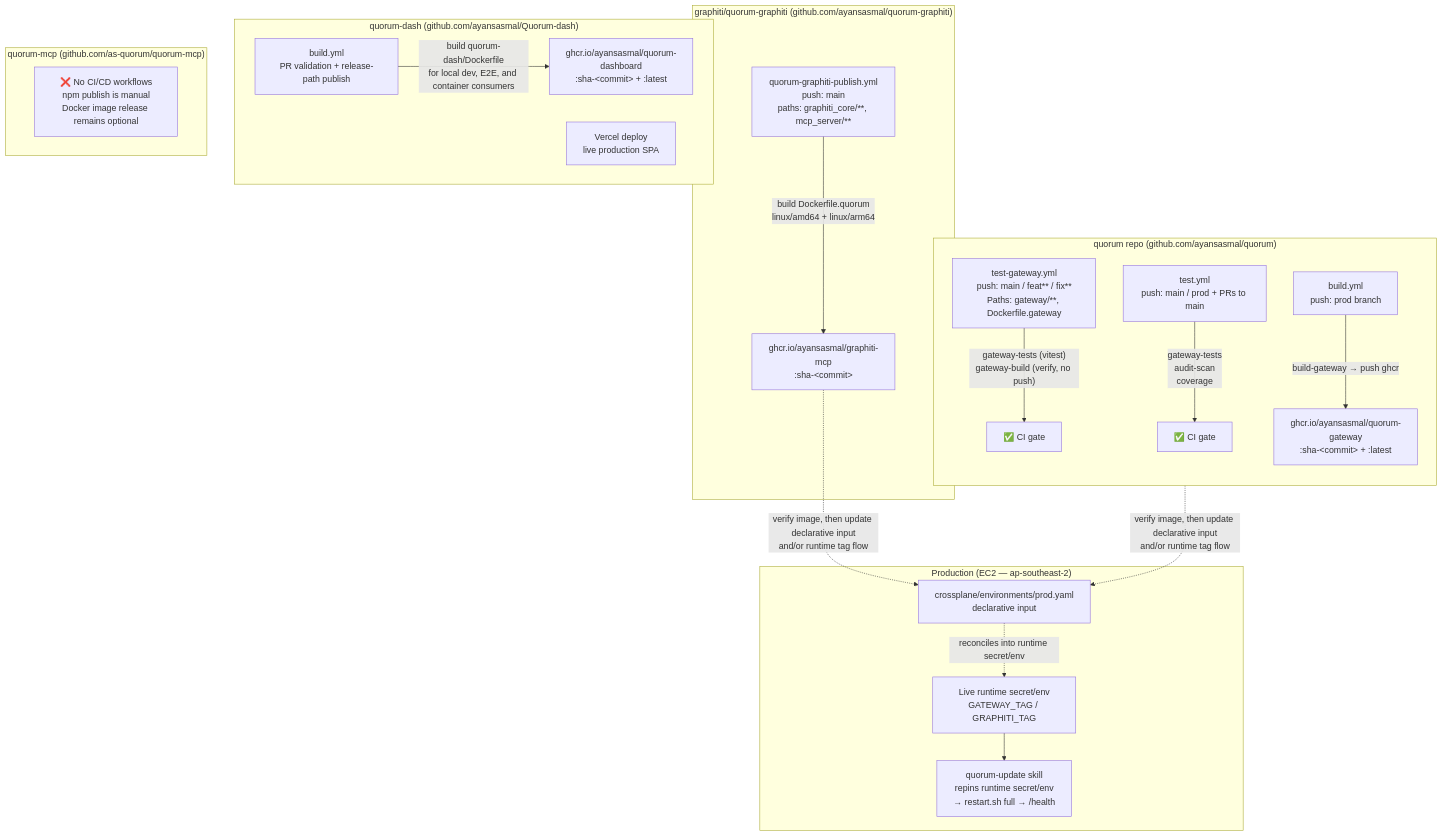
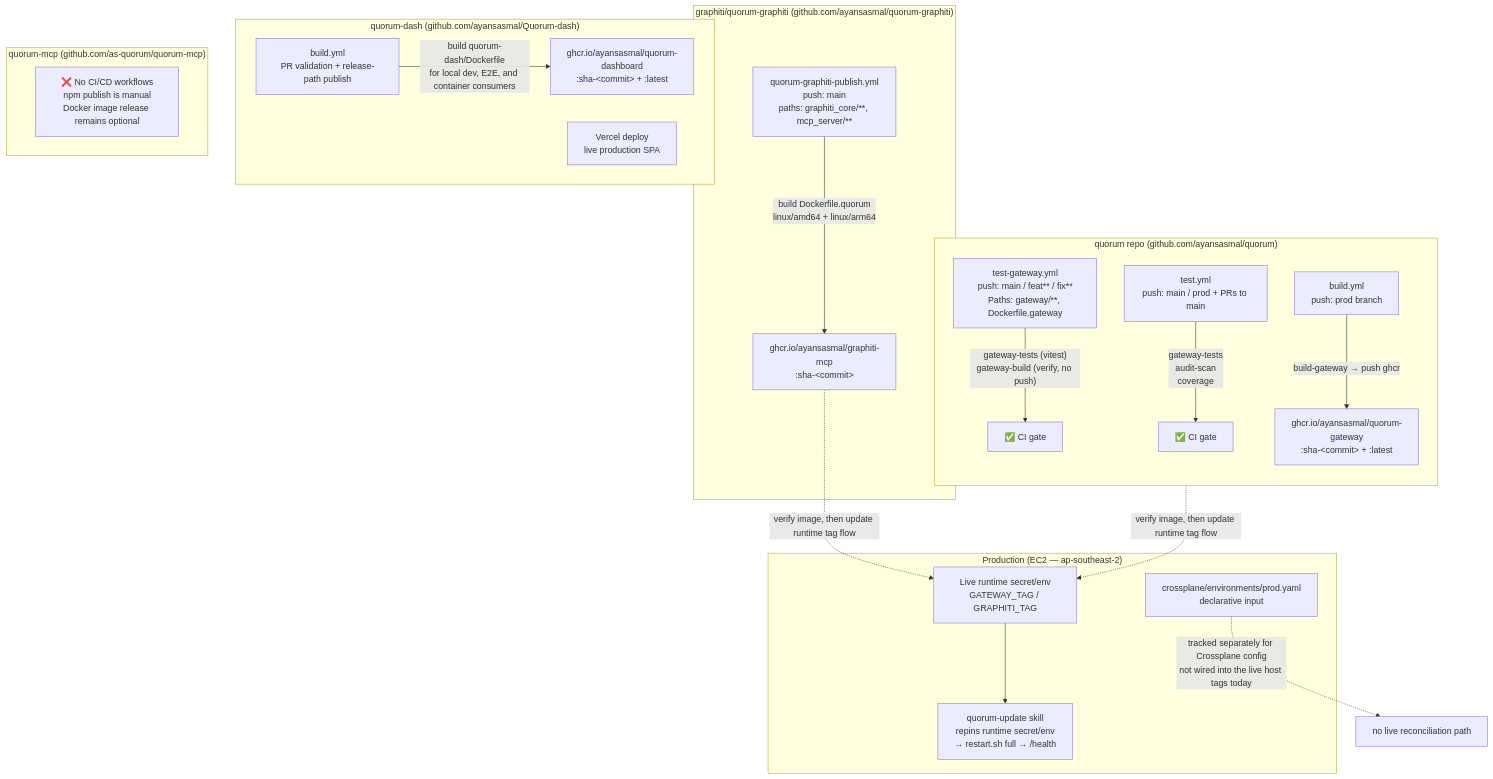
Before and after one commit to ayansasmal/quorum: the second of 6 diagrams in docs/CICD-DEPLOYMENT.md, drawn with Mermaid. The commit also changed other lines of this file and 1 other file, not shown here.

Commit message:
docs: tighten deployment path wording

````diff
--- a/docs/CICD-DEPLOYMENT.md
+++ b/docs/CICD-DEPLOYMENT.md
@@ -87,39 +87,39 @@
 ```mermaid
 flowchart TD
     subgraph quorum["quorum repo (github.com/ayansasmal/quorum)"]
         direction TB
         T1["test-gateway.yml\npush: main / feat** / fix**\nPaths: gateway/**, Dockerfile.gateway"]
         T2["test.yml\npush: main / prod + PRs to main"]
         B1["build.yml\npush: prod branch"]
 
         T1 -->|"gateway-tests (vitest)\ngateway-build (verify, no push)"| CI1["✅ CI gate"]
         T2 -->|"gateway-tests\naudit-scan\ncoverage"| CI2["✅ CI gate"]
         B1 -->|"build-gateway → push ghcr"| GW_IMG["ghcr.io/ayansasmal/quorum-gateway\n:sha-&lt;commit&gt; + :latest"]
     end
 
     subgraph fork["graphiti/quorum-graphiti (github.com/ayansasmal/quorum-graphiti)"]
         FCI["quorum-graphiti-publish.yml\npush: main\npaths: graphiti_core/**, mcp_server/**"]
         FCI -->|"build Dockerfile.quorum\nlinux/amd64 + linux/arm64"| GR_IMG["ghcr.io/ayansasmal/graphiti-mcp\n:sha-&lt;commit&gt;"]
     end
 
     subgraph dash["quorum-dash (github.com/ayansasmal/Quorum-dash)"]
         DCI["build.yml\nPR validation + release-path publish"]
         DCI -->|"build quorum-dash/Dockerfile\nfor local dev, E2E, and container consumers"| DASH_IMG["ghcr.io/ayansasmal/quorum-dashboard\n:sha-&lt;commit&gt; + :latest"]
         VERCEL["Vercel deploy\nlive production SPA"]
     end
 
     subgraph mcp["quorum-mcp (github.com/as-quorum/quorum-mcp)"]
         NO_MCP_CI["❌ No CI/CD workflows\nnpm publish is manual\nDocker image release remains optional"]
     end
 
     subgraph prod["Production (EC2 — ap-southeast-2)"]
         DECL["crossplane/environments/prod.yaml\ndeclarative input"]
         PIN["Live runtime secret/env\nGATEWAY_TAG / GRAPHITI_TAG"]
         SKILL["quorum-update skill\nrepins runtime secret/env\n→ restart.sh full → /health"]
     end
 
-    GW_IMG -.->|"verify image, then update declarative input\nand/or runtime tag flow"| DECL
-    GR_IMG -.->|"verify image, then update declarative input\nand/or runtime tag flow"| DECL
-    DECL -.->|"reconciles into runtime secret/env"| PIN
+    GW_IMG -.->|"verify image, then update runtime tag flow"| PIN
+    GR_IMG -.->|"verify image, then update runtime tag flow"| PIN
+    DECL -.->|"tracked separately for Crossplane config\nnot wired into the live host tags today"| PIN_NOTE["no live reconciliation path"]
     PIN --> SKILL
 ```
````
